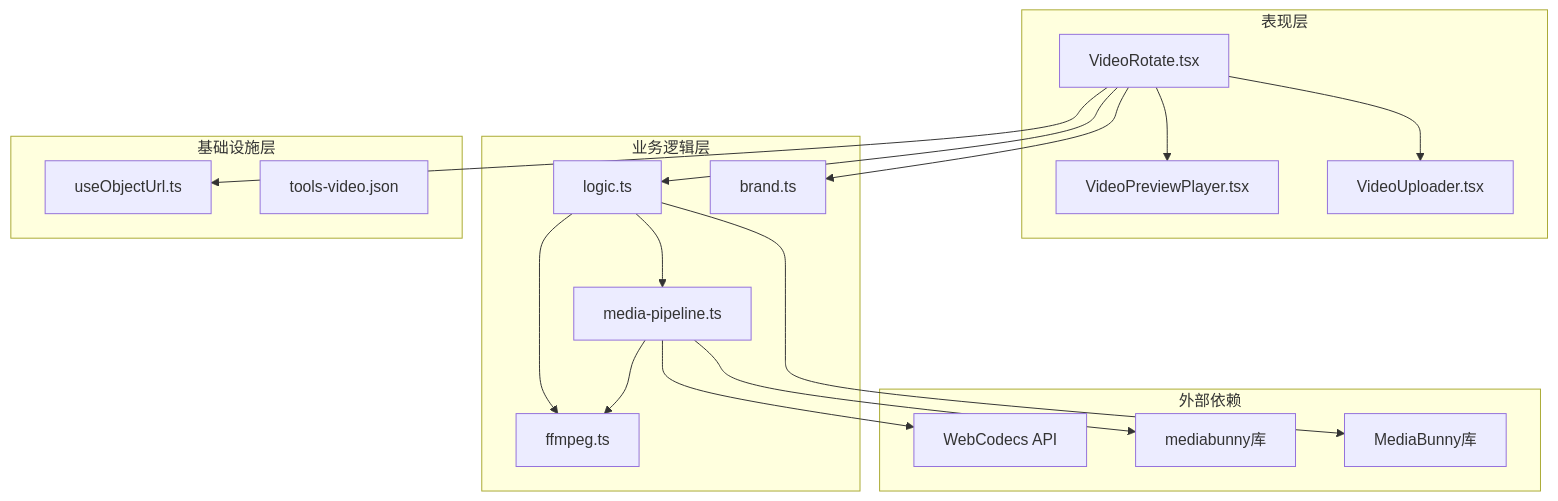
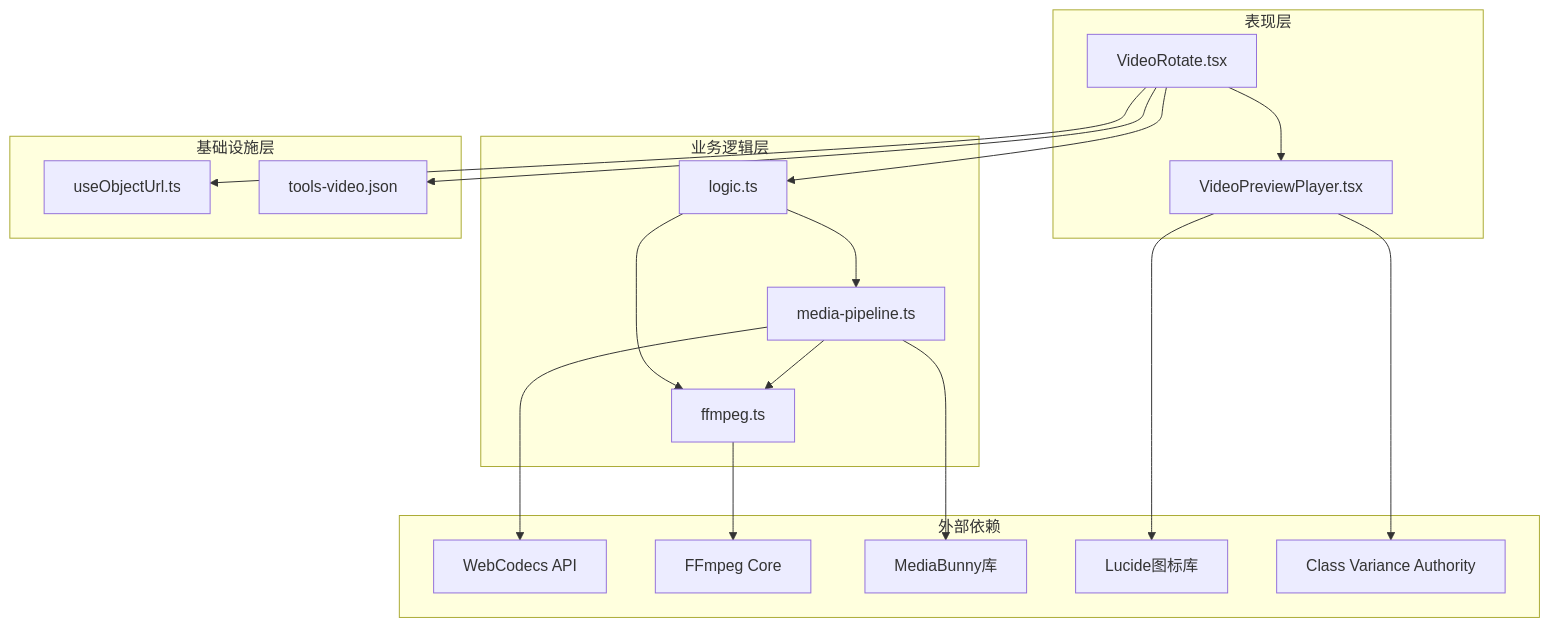
Before and after one commit to sgyy/privadeck: the eighth of 9 diagrams in .qoder/repowiki/zh/content/视频工具/视频旋转工具.md, drawn with Mermaid. The commit also changed other lines of this file and 23 other files, not shown here.

````diff
--- a/.qoder/repowiki/zh/content/视频工具/视频旋转工具.md
+++ b/.qoder/repowiki/zh/content/视频工具/视频旋转工具.md
@@ -305,34 +371,35 @@
 ```mermaid
 graph TB
 subgraph "表现层"
 VR[VideoRotate.tsx]
 VPP[VideoPreviewPlayer.tsx]
-VU[VideoUploader.tsx]
 end
 subgraph "业务逻辑层"
 VL[logic.ts]
 MP[media-pipeline.ts]
 FF[ffmpeg.ts]
-BRAND[brand.ts]
 end
 subgraph "基础设施层"
 UOU[useObjectUrl.ts]
 I18N[tools-video.json]
 end
 VR --> VPP
-VR --> VU
 VR --> VL
 VR --> UOU
-VR --> BRAND
+VR --> I18N
 VL --> MP
 VL --> FF
 MP --> FF
 subgraph "外部依赖"
 WC[WebCodecs API]
-MB[mediabunny库]
+FFCore[FFmpeg Core]
 MediaBunny[MediaBunny库]
+Lucide[Lucide图标库]
+CN[Class Variance Authority]
 end
 MP --> WC
-MP --> MB
-VL --> MediaBunny
+MP --> MediaBunny
+FF --> FFCore
+VPP --> Lucide
+VPP --> CN
 ```
````
